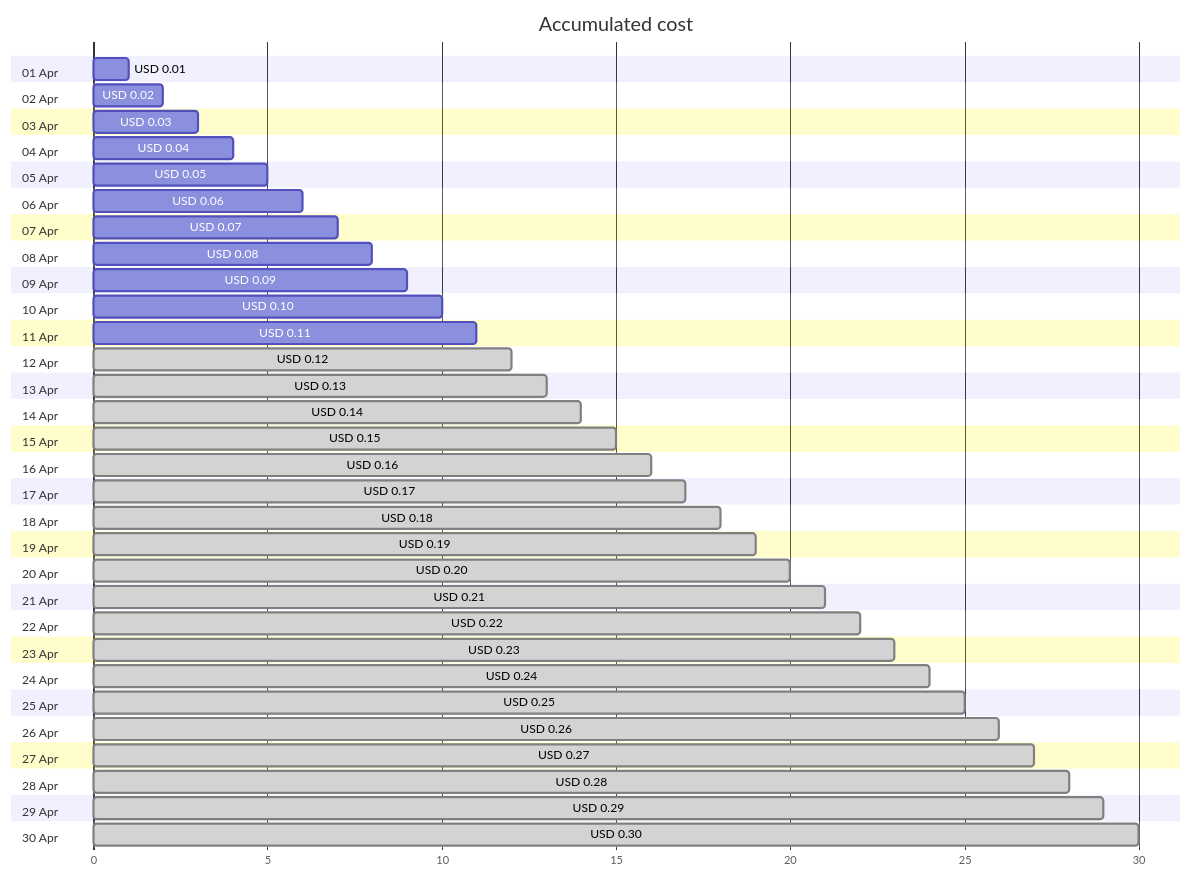
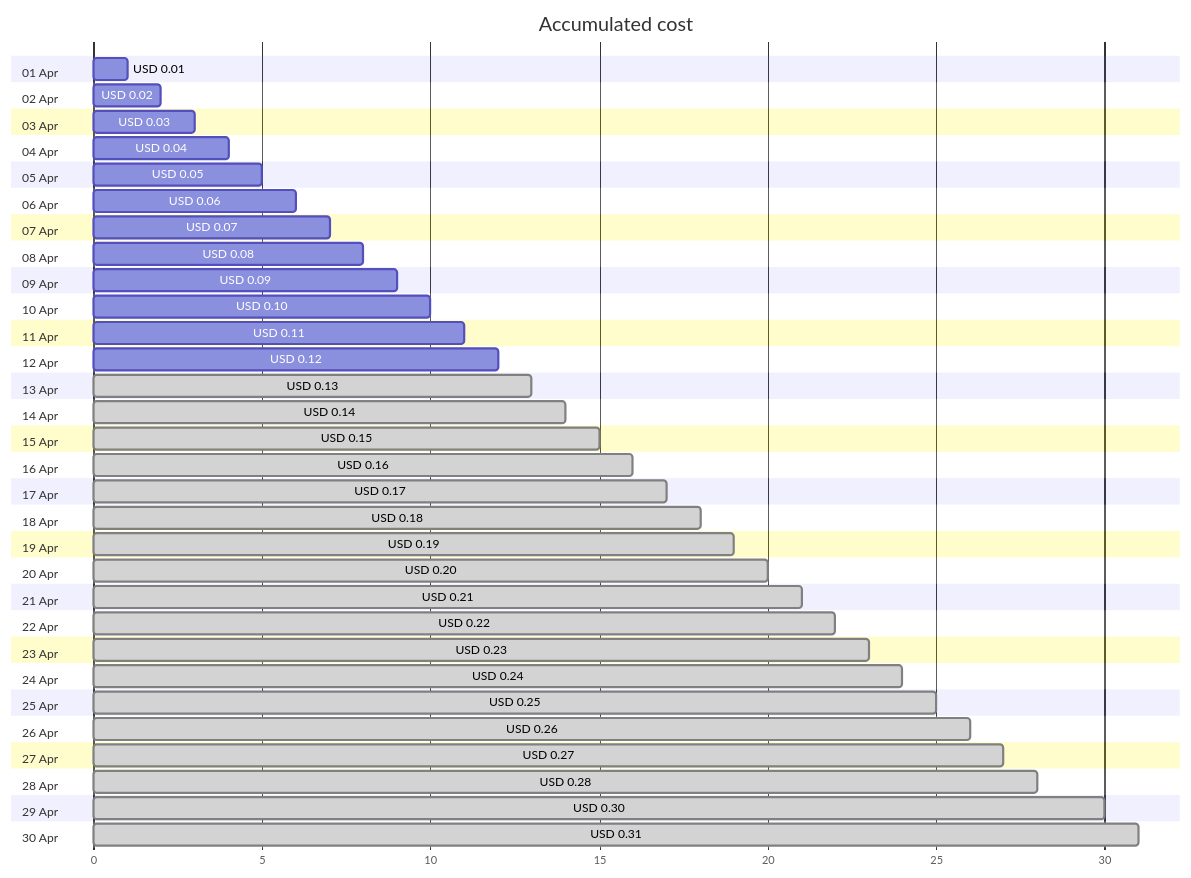
The first of 4 diagrams in cost-reports/cloud-shell-storage-eastus/README.md (jpfulton/azure-personal-reports), drawn with Mermaid before and after one commit. The commit also changed other lines of this file and 1 other file, not shown here.

````diff
--- a/cost-reports/cloud-shell-storage-eastus/README.md
+++ b/cost-reports/cloud-shell-storage-eastus/README.md
@@ -20,66 +20,66 @@
 ```mermaid
 gantt
    title Accumulated cost
    dateFormat  X
    axisFormat %s
    section 01 Apr
    USD 0.01 :0, 1
    section 02 Apr
    USD 0.02 :0, 2
    section 03 Apr
    USD 0.03 :0, 3
    section 04 Apr
    USD 0.04 :0, 4
    section 05 Apr
    USD 0.05 :0, 5
    section 06 Apr
    USD 0.06 :0, 6
    section 07 Apr
    USD 0.07 :0, 7
    section 08 Apr
    USD 0.08 :0, 8
    section 09 Apr
    USD 0.09 :0, 9
    section 10 Apr
    USD 0.10 :0, 10
    section 11 Apr
    USD 0.11 :0, 11
    section 12 Apr
-   USD 0.12 : done, 0, 12
+   USD 0.12 :0, 12
    section 13 Apr
    USD 0.13 : done, 0, 13
    section 14 Apr
    USD 0.14 : done, 0, 14
    section 15 Apr
    USD 0.15 : done, 0, 15
    section 16 Apr
    USD 0.16 : done, 0, 16
    section 17 Apr
    USD 0.17 : done, 0, 17
    section 18 Apr
    USD 0.18 : done, 0, 18
    section 19 Apr
    USD 0.19 : done, 0, 19
    section 20 Apr
    USD 0.20 : done, 0, 20
    section 21 Apr
    USD 0.21 : done, 0, 21
    section 22 Apr
    USD 0.22 : done, 0, 22
    section 23 Apr
    USD 0.23 : done, 0, 23
    section 24 Apr
    USD 0.24 : done, 0, 24
    section 25 Apr
    USD 0.25 : done, 0, 25
    section 26 Apr
    USD 0.26 : done, 0, 26
    section 27 Apr
    USD 0.27 : done, 0, 27
    section 28 Apr
    USD 0.28 : done, 0, 28
    section 29 Apr
-   USD 0.29 : done, 0, 29
+   USD 0.30 : done, 0, 30
    section 30 Apr
-   USD 0.30 : done, 0, 30
+   USD 0.31 : done, 0, 31
 ```
````
